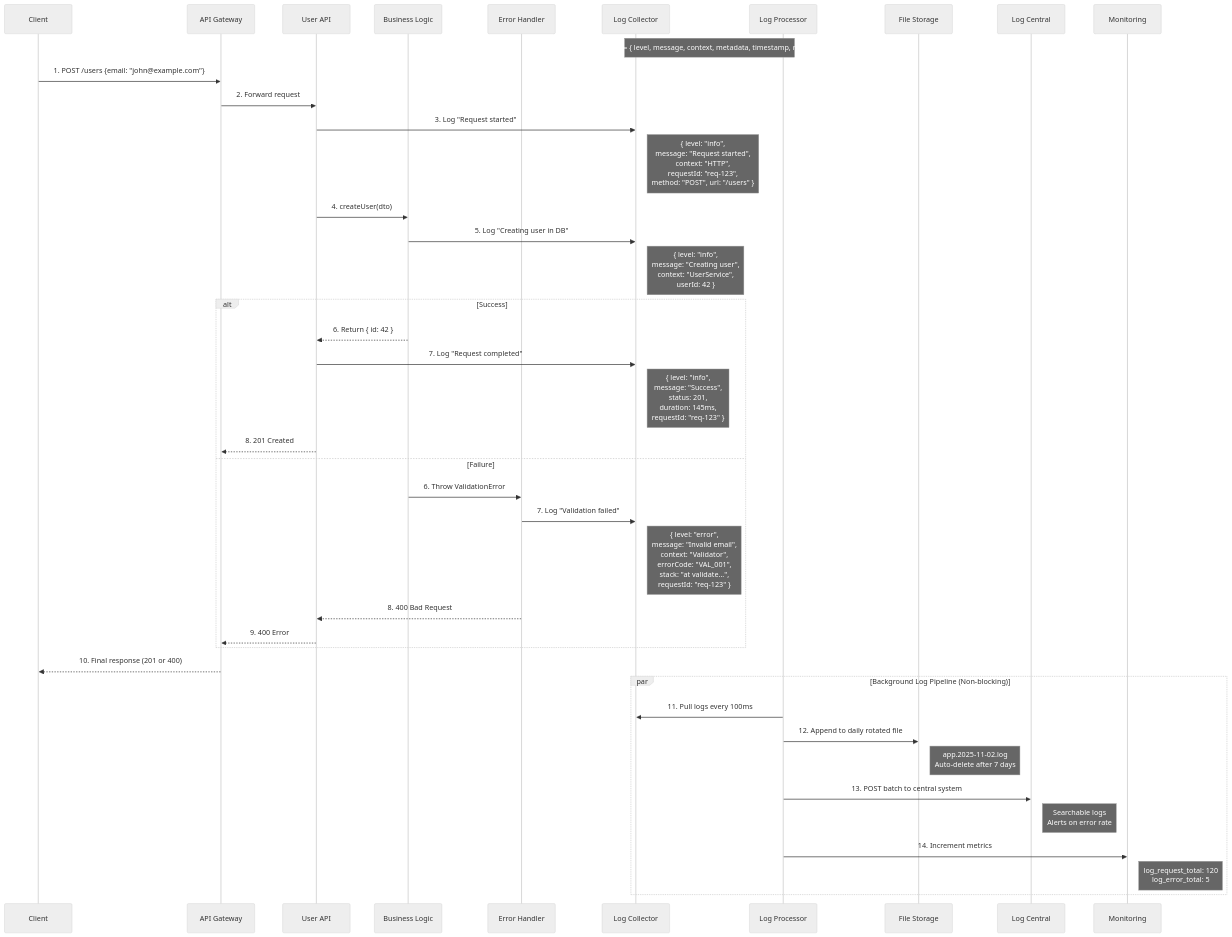
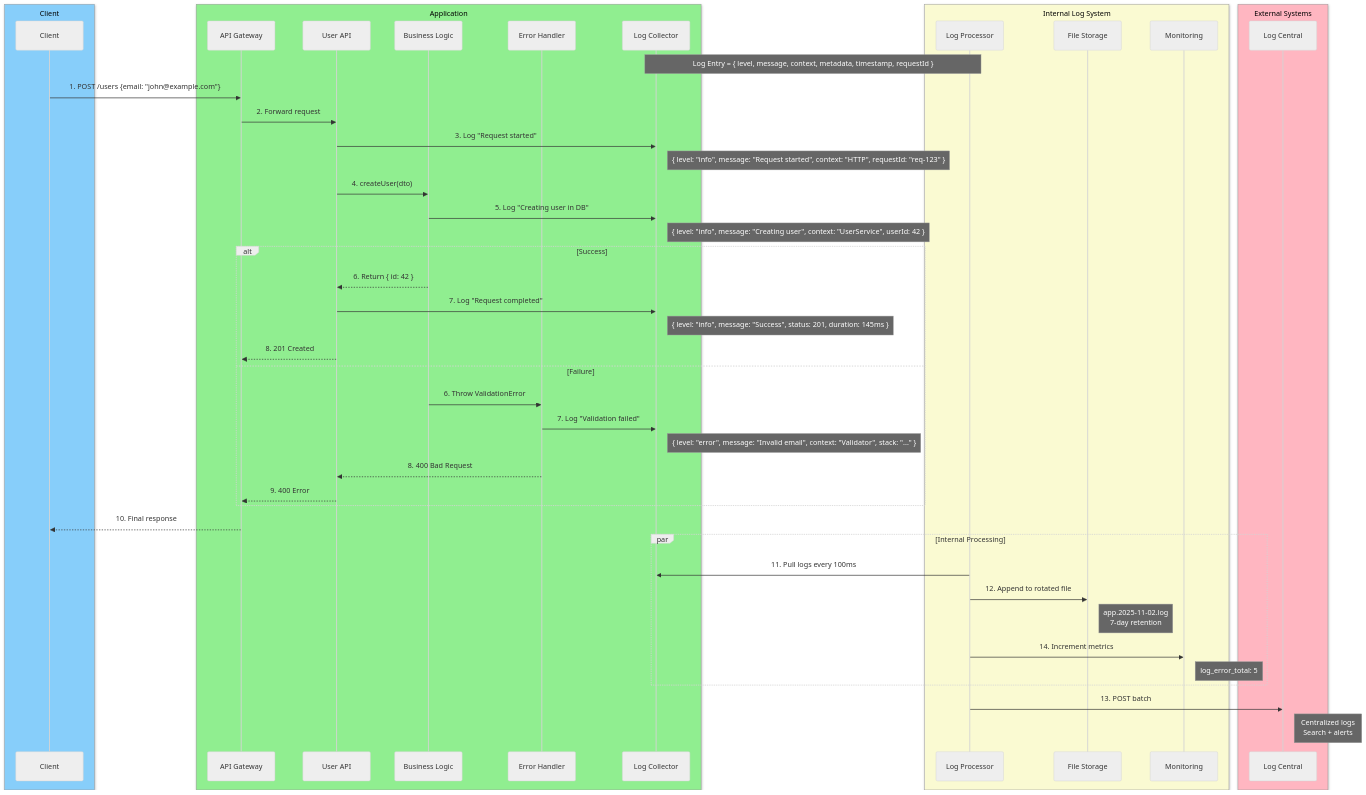
Before and after one commit to hamidehalaee/nestjs_ddd_skeleton: the diagram in docs/log-system-sequence.md, drawn with Mermaid.

Commit message:
update: colorize groups

````diff
--- a/docs/log-system-sequence.md
+++ b/docs/log-system-sequence.md
@@ -1,72 +1,81 @@
 ```mermaid
 ---
 config:
   theme: 'neutral'
   themeVariables:
     primaryColor: '#4f96e7ff'
     primaryBorderColor: 'rgba(153, 188, 241, 1)'
     lineColor: '#F8B229'
     secondaryColor: '#006100'
     tertiaryColor: '#ffffff60'
 ---
 sequenceDiagram
-    participant Client
-    participant API Gateway
-    participant User API
-    participant Business Logic
-    participant Error Handler
-    participant Log Collector
-    participant Log Processor
-    participant File Storage
-    participant Log Central
-    participant Monitoring
+    %% === GROUP 1: CLIENT (Light Blue) ===
+    box LightSkyBlue Client
+        participant Client
+    end
+
+    %% === GROUP 2: APP (Light Green) ===
+    box LightGreen Application
+        participant API Gateway
+        participant User API
+        participant Business Logic
+        participant Error Handler
+        participant Log Collector
+    end
+
+    %% === GROUP 3: LOG SYSTEM (Light Yellow) ===
+    box LightGoldenRodYellow Internal Log System
+        participant Log Processor
+        participant File Storage
+        participant Monitoring
+    end
+
+    %% === GROUP 4: EXTERNAL (Light Pink) ===
+    box LightPink External Systems
+        participant Log Central
+    end
 
     Note over Log Collector,Log Processor: Log Entry = { level, message, context, metadata, timestamp, requestId }
 
-    %% === STEP 1: Client sends request ===
+    %% === CLIENT → APP ===
     Client->>API Gateway: 1. POST /users {email: "john@example.com"}
     API Gateway->>User API: 2. Forward request
 
-    %% === STEP 2: Log request start ===
+    %% === APP: Request & Business Flow ===
     User API->>Log Collector: 3. Log "Request started"
-    Note right of Log Collector: { level: "info",<br/>message: "Request started",<br/>context: "HTTP",<br/>requestId: "req-123",<br/>method: "POST", url: "/users" }
+    Note right of Log Collector: { level: "info", message: "Request started", context: "HTTP", requestId: "req-123" }
 
-    %% === STEP 3: Execute business logic ===
     User API->>Business Logic: 4. createUser(dto)
+    Business Logic->>Log Collector: 5. Log "Creating user in DB"
+    Note right of Log Collector: { level: "info", message: "Creating user", context: "UserService", userId: 42 }
 
-    %% === STEP 4: Developer logs business event ===
-    Business Logic->>Log Collector: 5. Log "Creating user in DB"
-    Note right of Log Collector: { level: "info",<br/>message: "Creating user",<br/>context: "UserService",<br/>userId: 42 }
-
-    %% === STEP 5: Success path ===
     alt Success
         Business Logic-->>User API: 6. Return { id: 42 }
         User API->>Log Collector: 7. Log "Request completed"
-        Note right of Log Collector: { level: "info",<br/>message: "Success",<br/>status: 201,<br/>duration: 145ms,<br/>requestId: "req-123" }
+        Note right of Log Collector: { level: "info", message: "Success", status: 201, duration: 145ms }
         User API-->>API Gateway: 8. 201 Created
     else Failure
-        %% === STEP 6: Error occurs ===
         Business Logic->>Error Handler: 6. Throw ValidationError
-        %% === STEP 7: Auto-log error ===
         Error Handler->>Log Collector: 7. Log "Validation failed"
-        Note right of Log Collector: { level: "error",<br/>message: "Invalid email",<br/>context: "Validator",<br/>errorCode: "VAL_001",<br/>stack: "at validate...",<br/>requestId: "req-123" }
+        Note right of Log Collector: { level: "error", message: "Invalid email", context: "Validator", stack: "..." }
         Error Handler-->>User API: 8. 400 Bad Request
         User API-->>API Gateway: 9. 400 Error
     end
 
-    %% === STEP 9 / 10: Return response to client ===
-    API Gateway-->>Client: 10. Final response (201 or 400)
+    %% === APP → CLIENT ===
+    API Gateway-->>Client: 10. Final response
 
-    %% === STEP 11: Background processing (parallel) ===
-    par Background Log Pipeline (Non-blocking)
+    %% === LOG SYSTEM: Internal Processing ===
+    par Internal Processing
         Log Processor->>Log Collector: 11. Pull logs every 100ms
-        Log Processor->>File Storage: 12. Append to daily rotated file
-        Note right of File Storage: app.2025-11-02.log<br/>Auto-delete after 7 days
+        Log Processor->>File Storage: 12. Append to rotated file
+        Note right of File Storage: app.2025-11-02.log<br/>7-day retention
+        Log Processor->>Monitoring: 14. Increment metrics
+        Note right of Monitoring: log_error_total: 5
+    end
 
-        Log Processor->>Log Central: 13. POST batch to central system
-        Note right of Log Central: Searchable logs<br/>Alerts on error rate
-
-        Log Processor->>Monitoring: 14. Increment metrics
-        Note right of Monitoring: log_request_total: 120<br/>log_error_total: 5
-    end
+    %% === LOG SYSTEM → EXTERNAL ===
+    Log Processor->>Log Central: 13. POST batch
+    Note right of Log Central: Centralized logs<br/>Search + alerts
 ```
````
